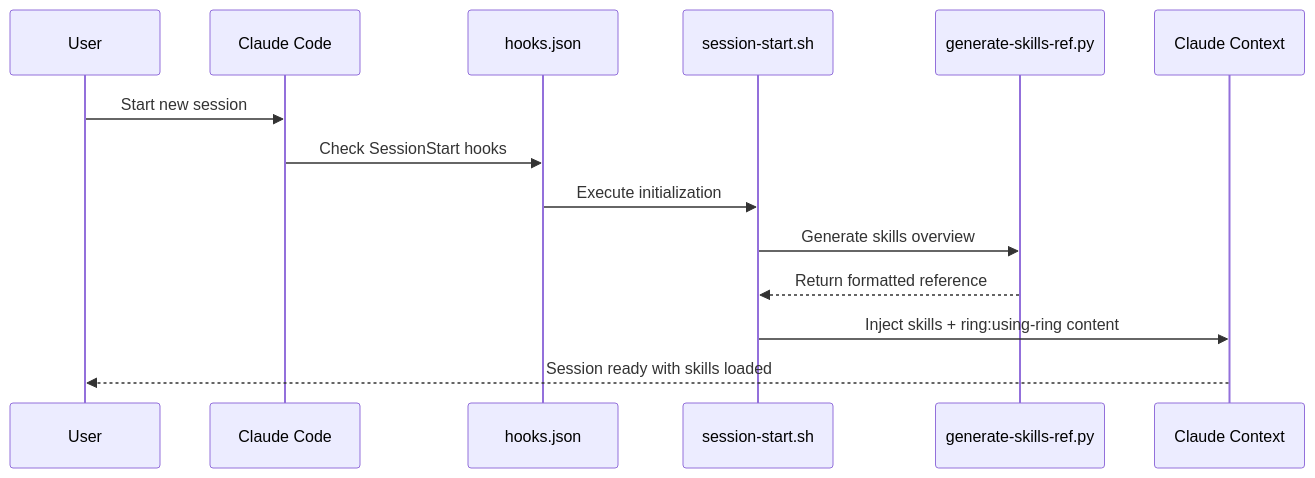
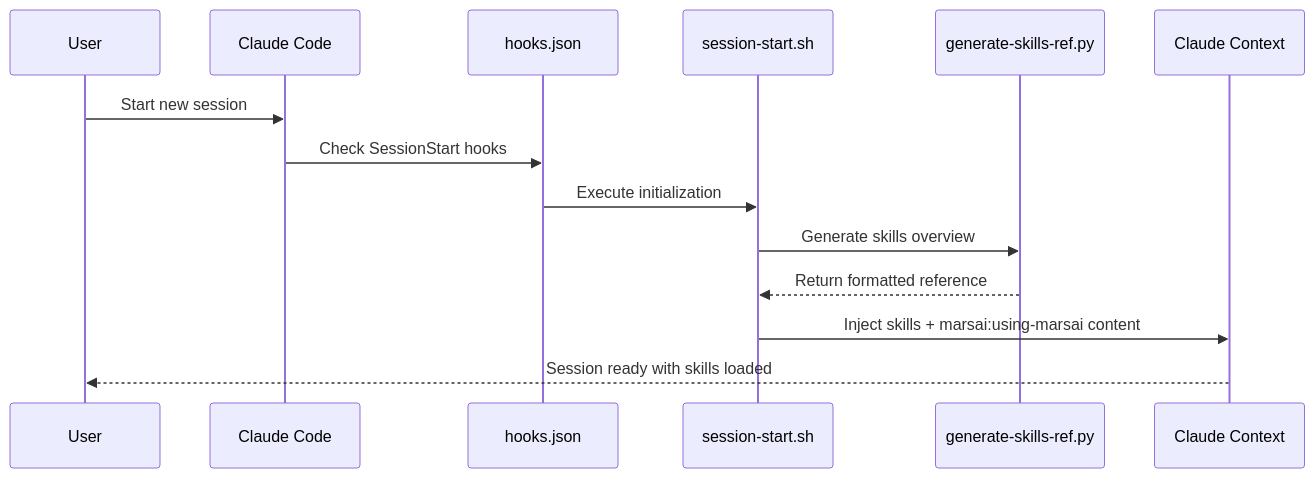
The first of 3 diagrams in ARCHITECTURE.md (rodrigodh/ring), drawn with Mermaid before and after one commit. The commit also changed other lines of this file and 203 other files, not shown here.

````diff
--- a/ARCHITECTURE.md
+++ b/ARCHITECTURE.md
@@ -323,17 +323,17 @@
 ```mermaid
 sequenceDiagram
     participant User
     participant Claude Code
     participant hooks.json
     participant session-start.sh
     participant generate-skills-ref.py
     participant Claude Context
 
     User->>Claude Code: Start new session
     Claude Code->>hooks.json: Check SessionStart hooks
     hooks.json->>session-start.sh: Execute initialization
     session-start.sh->>generate-skills-ref.py: Generate skills overview
     generate-skills-ref.py-->>session-start.sh: Return formatted reference
-    session-start.sh->>Claude Context: Inject skills + ring:using-ring content
+    session-start.sh->>Claude Context: Inject skills + marsai:using-marsai content
     Claude Context-->>User: Session ready with skills loaded
 ```
````
